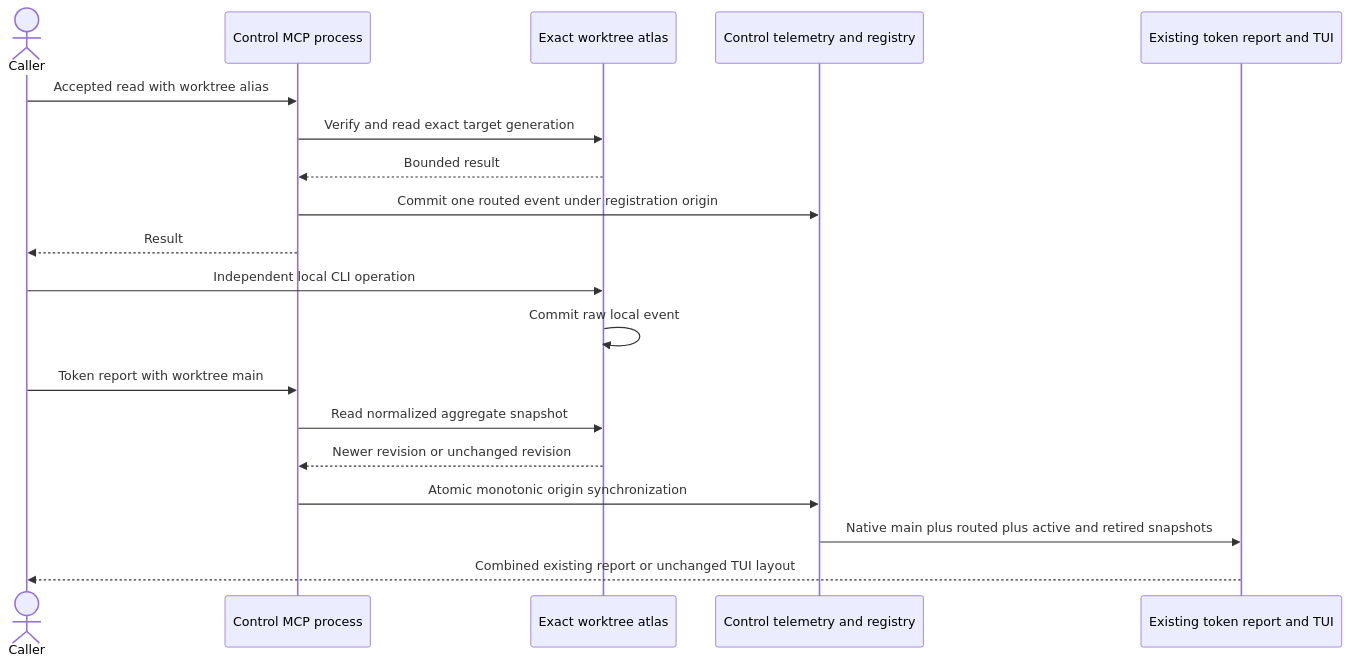
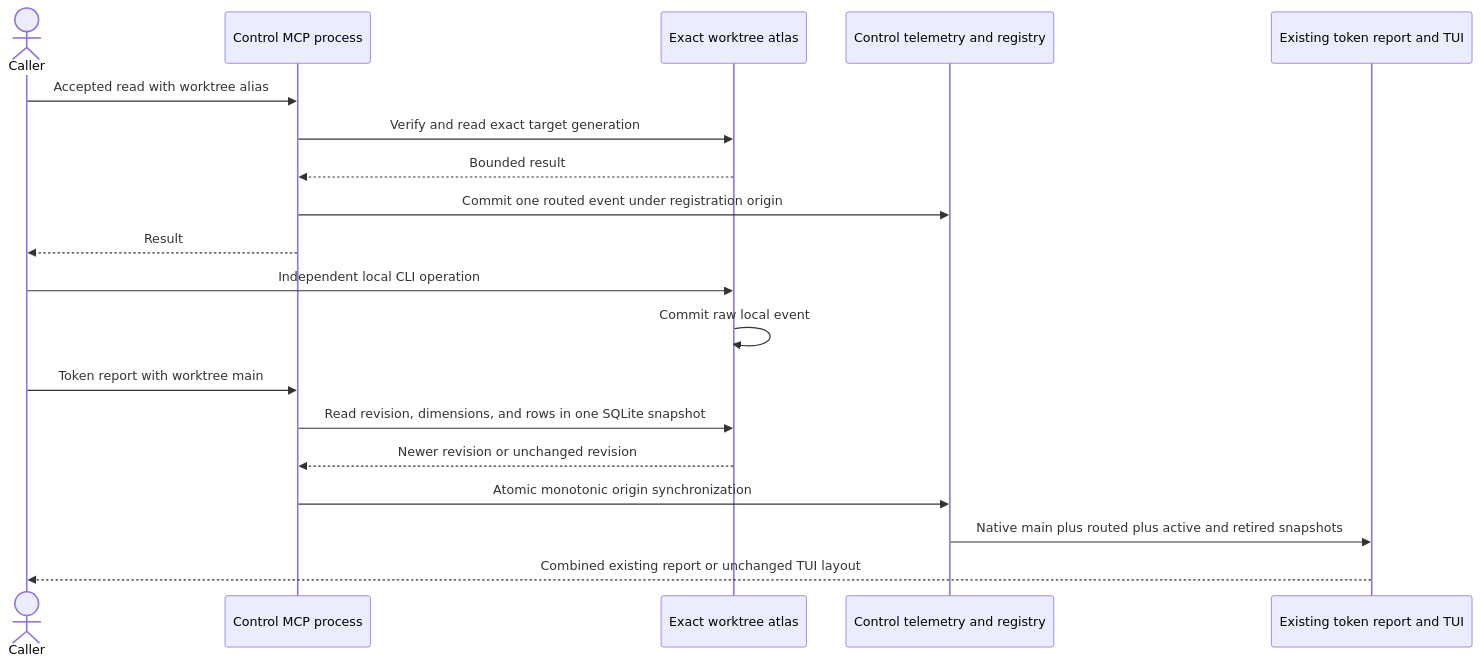
Before and after one commit to styler-ai/ProjectAtlas: diagram 32 of 33 in docs/projectatlas-3-architecture.md, drawn with Mermaid. The commit also changed other lines of this file and 6 other files, not shown here.

````diff
--- a/docs/projectatlas-3-architecture.md
+++ b/docs/projectatlas-3-architecture.md
@@ -2661,22 +2664,22 @@
 ```mermaid
 sequenceDiagram
     actor Caller
     participant MCP as Control MCP process
     participant Target as Exact worktree atlas
     participant Control as Control telemetry and registry
     participant Report as Existing token report and TUI
 
     Caller->>MCP: Accepted read with worktree alias
     MCP->>Target: Verify and read exact target generation
     Target-->>MCP: Bounded result
     MCP->>Control: Commit one routed event under registration origin
     MCP-->>Caller: Result
     Caller->>Target: Independent local CLI operation
     Target->>Target: Commit raw local event
     Caller->>MCP: Token report with worktree main
-    MCP->>Target: Read normalized aggregate snapshot
+    MCP->>Target: Read revision, dimensions, and rows in one SQLite snapshot
     Target-->>MCP: Newer revision or unchanged revision
     MCP->>Control: Atomic monotonic origin synchronization
     Control->>Report: Native main plus routed plus active and retired snapshots
     Report-->>Caller: Combined existing report or unchanged TUI layout
 ```
````
